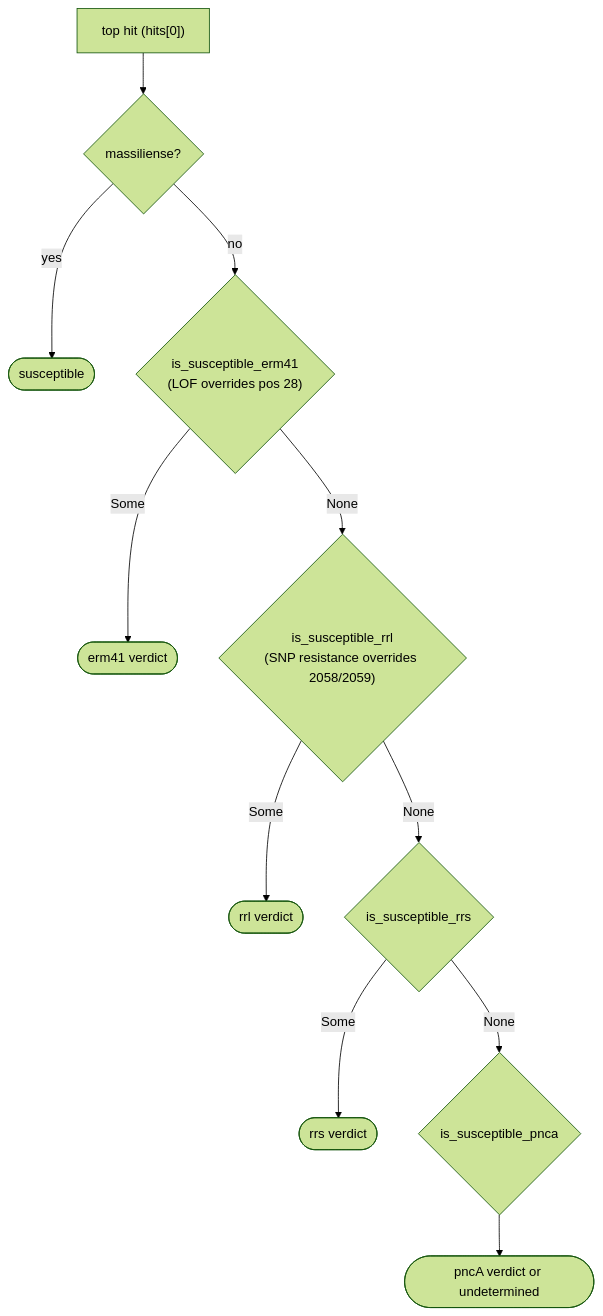
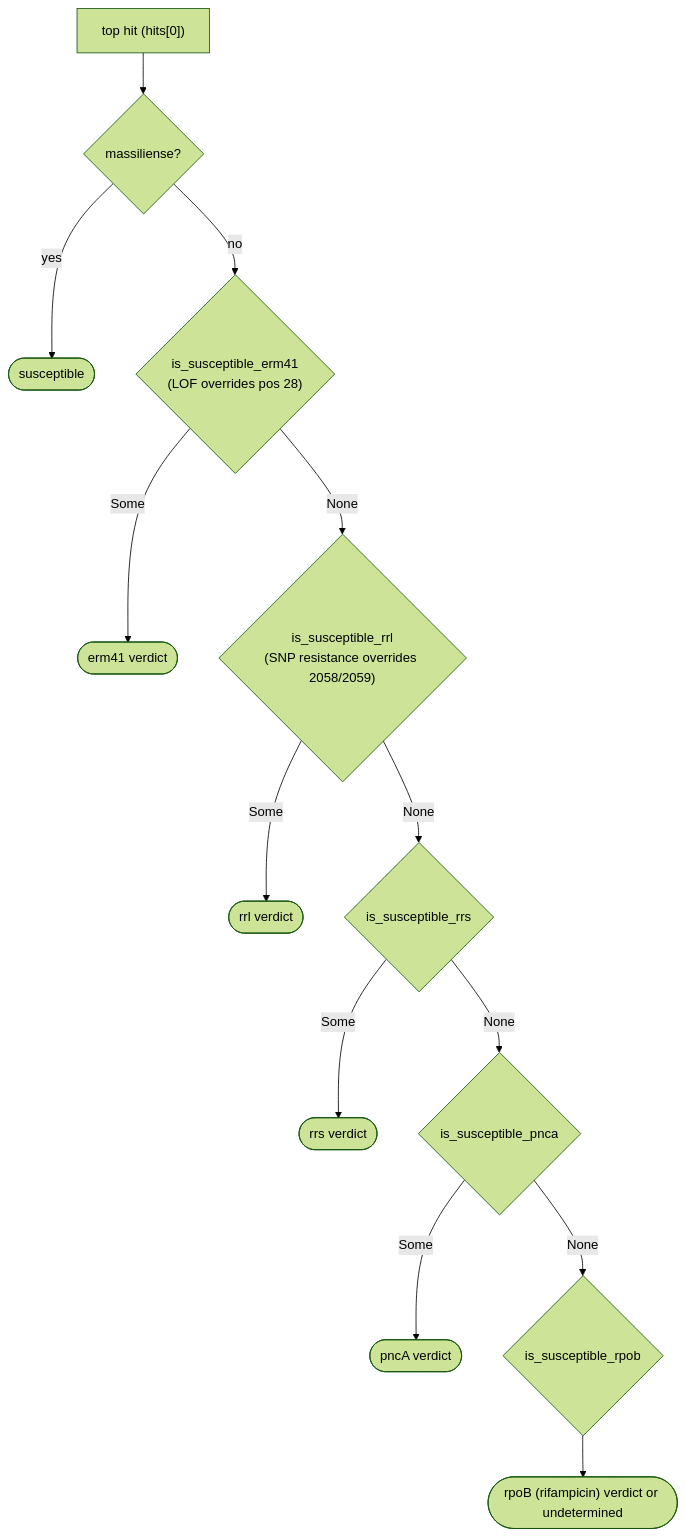
Before and after one commit to michaelmeuli/cosmic-files: the fifth of 6 diagrams in src/sequencing/README.md, drawn with Mermaid (forest theme). The commit also changed other lines of this file and 13 other files, not shown here.

````diff
--- a/src/sequencing/README.md
+++ b/src/sequencing/README.md
@@ -242,13 +256,15 @@
 ```mermaid
 flowchart TD
     H["top hit (hits[0])"] --> M{"massiliense?"}
     M -- yes --> SUSC(["susceptible"])
     M -- no --> E{"is_susceptible_erm41<br/>(LOF overrides pos 28)"}
     E -- Some --> OUT1(["erm41 verdict"])
     E -- None --> R{"is_susceptible_rrl<br/>(SNP resistance overrides 2058/2059)"}
     R -- Some --> OUT2(["rrl verdict"])
     R -- None --> S{"is_susceptible_rrs"}
     S -- Some --> OUT3(["rrs verdict"])
     S -- None --> P{"is_susceptible_pnca"}
-    P --> OUT4(["pncA verdict or undetermined"])
+    P -- Some --> OUT4(["pncA verdict"])
+    P -- None --> RB{"is_susceptible_rpob"}
+    RB --> OUT5(["rpoB (rifampicin) verdict or undetermined"])
 ```
````
